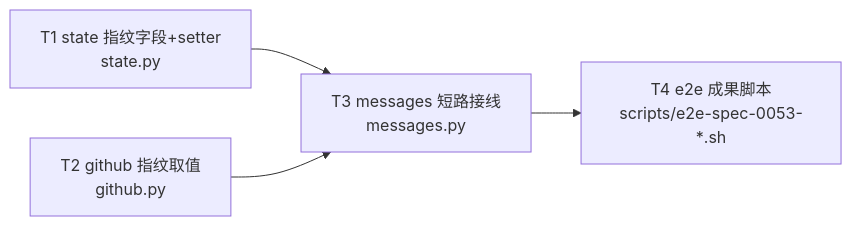
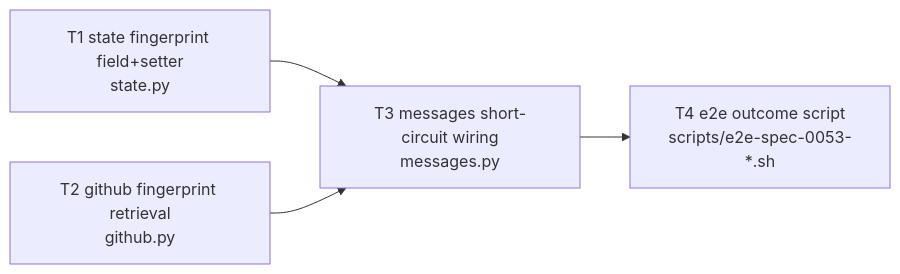
The diagram in docs/specs/0053-review-gate-sticky-pass.md (Curry09/OpenAgents), drawn with Mermaid before and after one commit. The commit also changed other lines of this file and 461 other files, not shown here.

````diff
--- a/docs/specs/0053-review-gate-sticky-pass.md
+++ b/docs/specs/0053-review-gate-sticky-pass.md
@@ -204,10 +204,10 @@
 ```mermaid
 graph LR
-    T1["T1 state 指纹字段+setter<br/>state.py"]
-    T2["T2 github 指纹取值<br/>github.py"]
-    T3["T3 messages 短路接线<br/>messages.py"]
-    T4["T4 e2e 成果脚本<br/>scripts/e2e-spec-0053-*.sh"]
+    T1["T1 state fingerprint field+setter<br/>state.py"]
+    T2["T2 github fingerprint retrieval<br/>github.py"]
+    T3["T3 messages short-circuit wiring<br/>messages.py"]
+    T4["T4 e2e outcome script<br/>scripts/e2e-spec-0053-*.sh"]
     T1 --> T3
     T2 --> T3
     T3 --> T4
 ```
````
